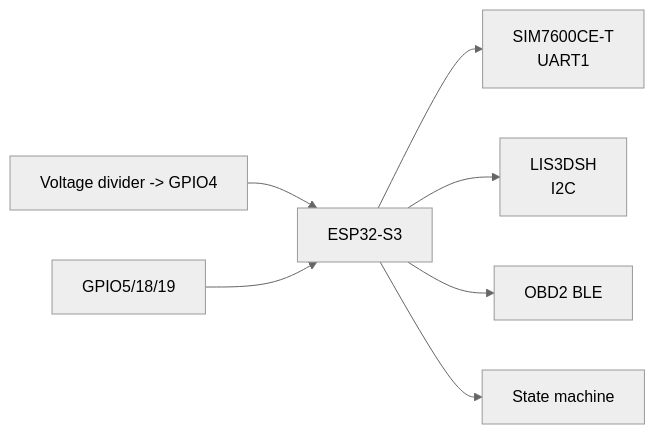
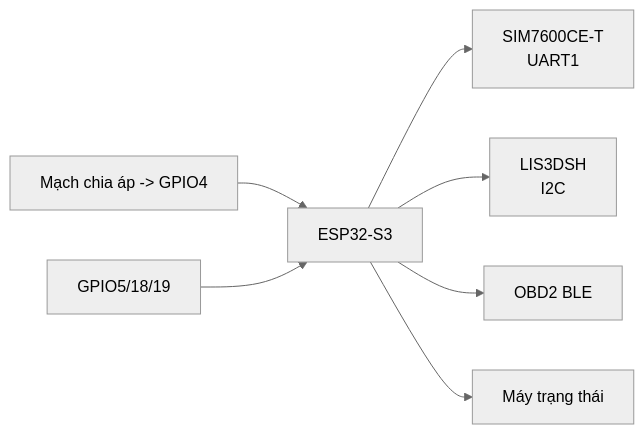
Before and after one commit to anmh1205/IoT_Vehicle_Tracking_System: the diagram in resources/reports/thesis/final/assets/uml/07-chuong-4-trien-khai-hardware-hinh-4-5.mmd, drawn with Mermaid (neutral theme). The commit also changed 770 other files, not shown here.

```diff
--- a/resources/reports/thesis/final/assets/uml/07-chuong-4-trien-khai-hardware-hinh-4-5.mmd
+++ b/resources/reports/thesis/final/assets/uml/07-chuong-4-trien-khai-hardware-hinh-4-5.mmd
@@ -1,9 +1,9 @@
 flowchart LR
-    ADC["Voltage divider -> GPIO4"] --> MCU["ESP32-S3"]
+    ADC["Mạch chia áp -> GPIO4"] --> MCU["ESP32-S3"]
     PWR["GPIO5/18/19"] --> MCU
     MCU --> Modem["SIM7600CE-T
 UART1"]
     MCU --> IMU["LIS3DSH
 I2C"]
     MCU --> OBD["OBD2 BLE"]
-    MCU --> Logic["State machine"]
+    MCU --> Logic["Máy trạng thái"]
```
